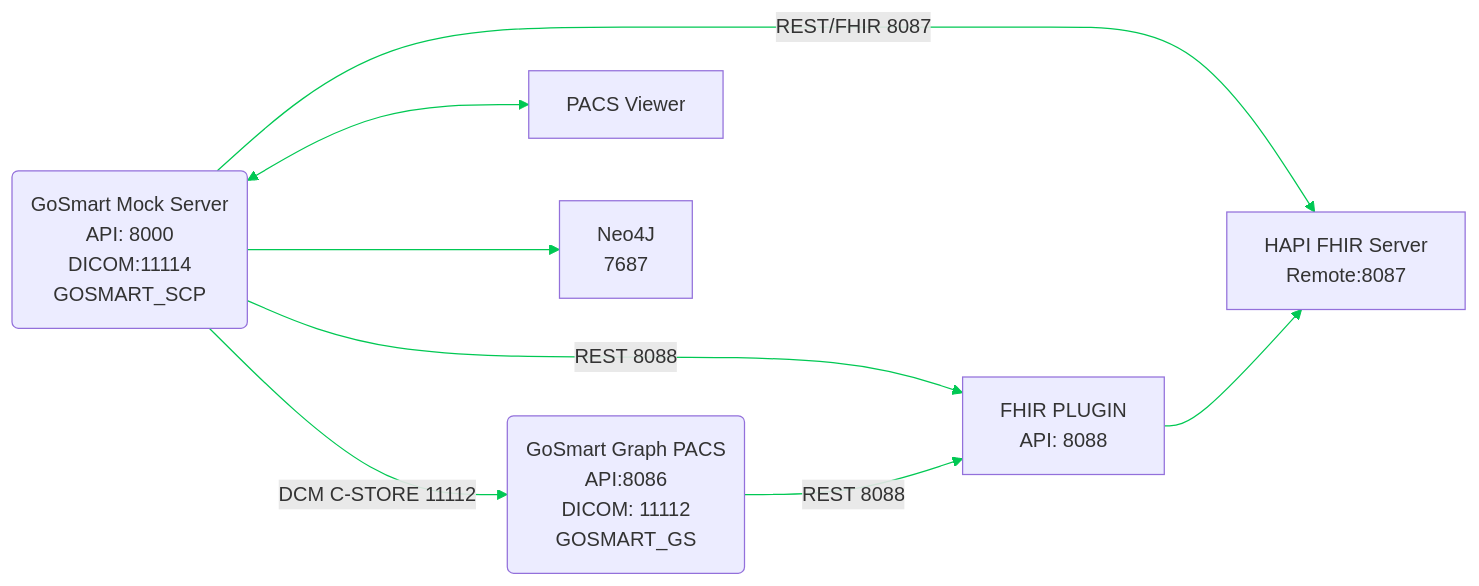
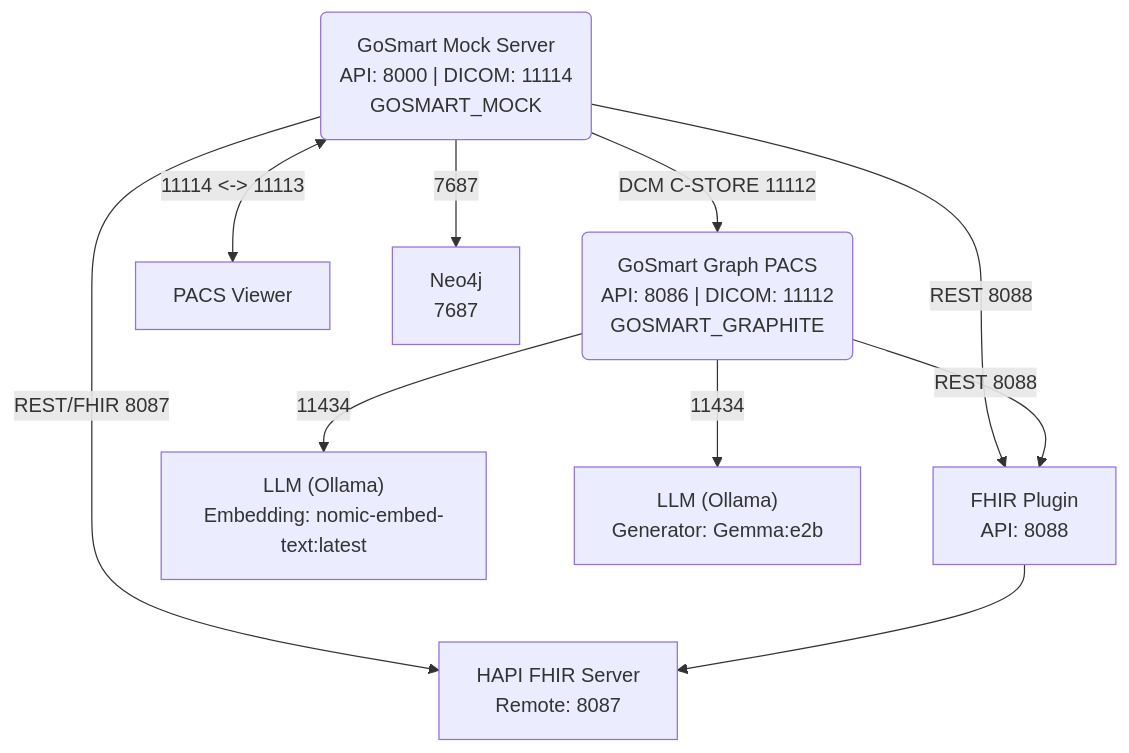
One commit to gosmart-health/gosmart-graphite changed the first of 3 diagrams in README.md. Above: the diagram before and after it, drawn with Mermaid. The commit also changed other lines of this file and 148 other files, not shown here.

````diff
--- a/README.md
+++ b/README.md
@@ -942,13 +855,23 @@
 ```mermaid
-flowchart LR
-    n2["GoSmart Mock Server<br>API: 8000<br>DICOM:11114<br>GOSMART_SCP"] -- REST 8088 --> n3["FHIR PLUGIN<br>API: 8088"]
-    n2 -- " REST/FHIR 8087 " --> n4["HAPI FHIR Server<br>Remote:8087"]
-    n1["GoSmart Graph PACS<br>API:8086<br>DICOM: 11112<br>GOSMART_GS"] -- REST 8088 --> n3
-    n2 -- " DCM C-STORE 11112 " --> n1
+flowchart TD
+    n2["GoSmart Mock Server<br>API: 8000 | DICOM: 11114<br>GOSMART_MOCK"]
+    n3["FHIR Plugin<br>API: 8088"]
+    n4["HAPI FHIR Server<br>Remote: 8087"]
+    n1["GoSmart Graph PACS<br>API: 8086 | DICOM: 11112<br>GOSMART_GRAPHITE"]
+    n5["PACS Viewer"]
+    n6["Neo4j<br>7687"]
+    n7["LLM (Ollama)<br>Embedding: nomic-embed-text:latest"]
+    n8["LLM (Ollama)<br>Generator: Gemma:e2b"]
+
+    n2 -- "REST 8088" --> n3
+    n2 -- "REST/FHIR 8087" --> n4
+    n1 -- "REST 8088" --> n3
+    n2 -- "DCM C-STORE 11112" --> n1
     n3 --> n4
-    n2 <--> n5["PACS Viewer"]
-    n2 --> n6["Neo4J<br>7687"]
-    n2@{ shape: rounded}
-    n1@{ shape: rounded}
-    linkStyle default stroke: #00C853
+    n2 <-- "11114 <-> 11113" --> n5
+    n2 -- "7687" --> n6
+    n1 -- "11434" --> n7 & n8
+
+    n2@{ shape: rounded }
+    n1@{ shape: rounded }
 ```
````
